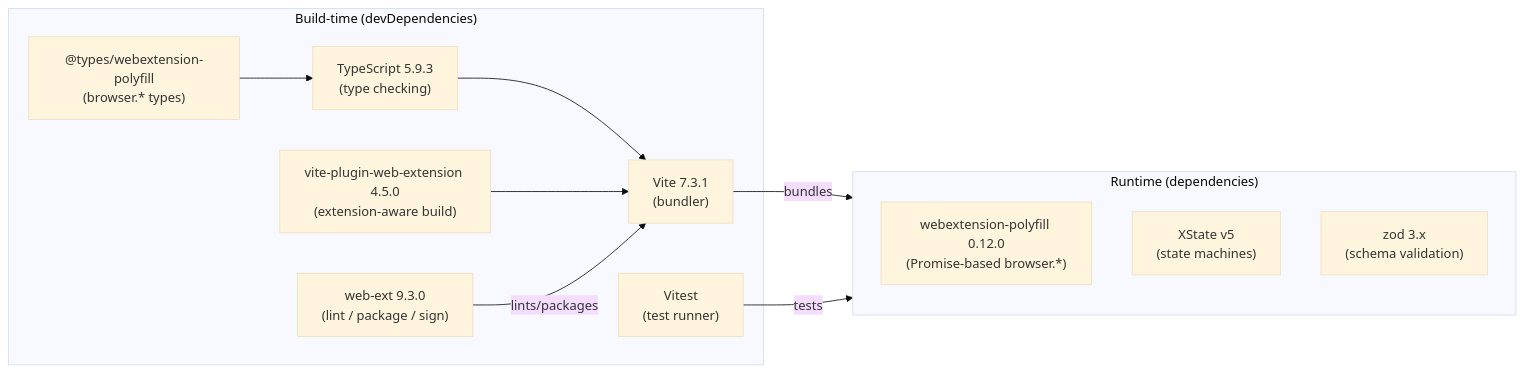
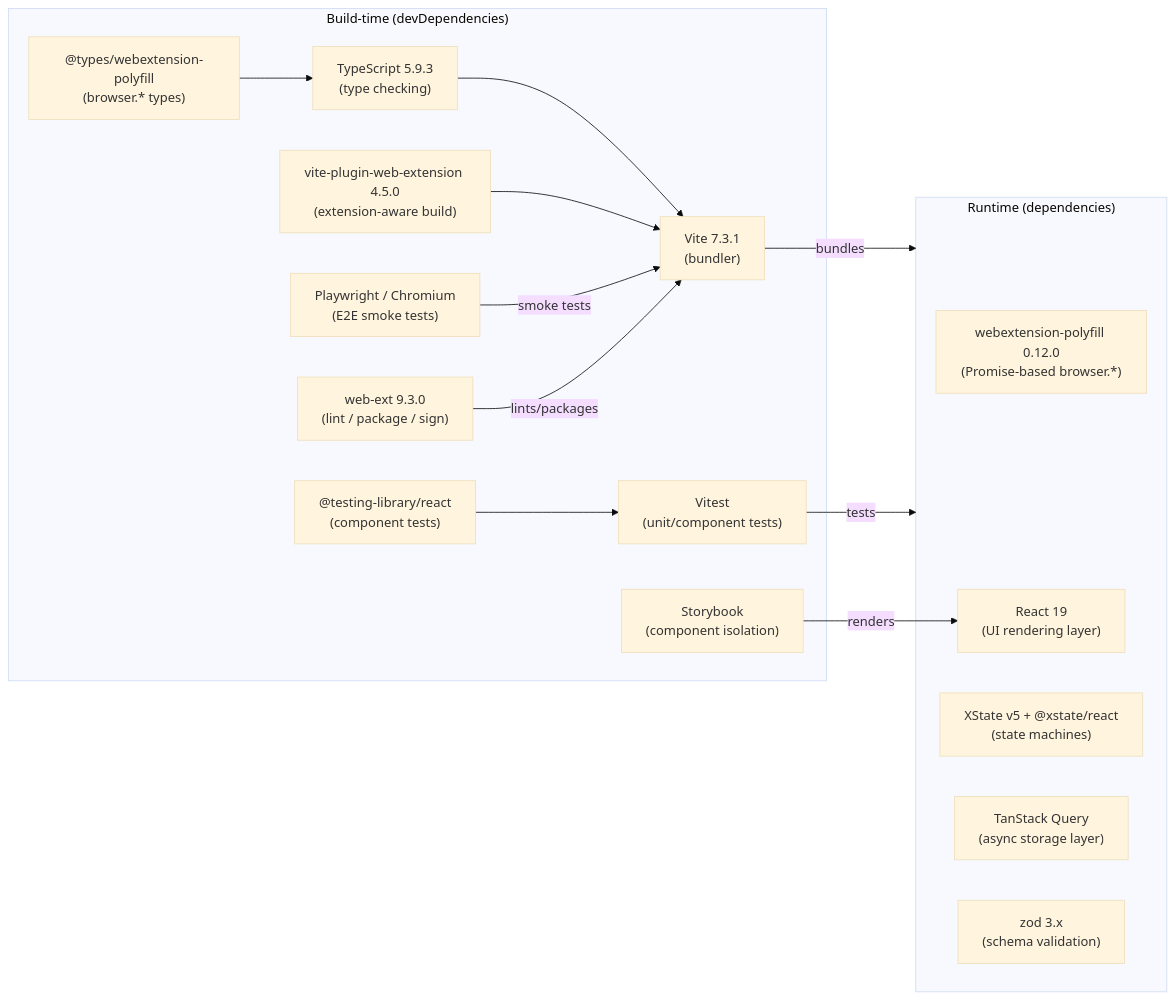
One commit to Xavier-Brinon/bug-free-system changed the diagram in .planning/research/STACK.org. Above: the diagram before and after it, drawn with Mermaid (base theme). The commit also changed other lines of this file and 5 other files, not shown here.

```diff
--- a/.planning/research/STACK.org
+++ b/.planning/research/STACK.org
@@ -15,24 +18,32 @@
 #+begin_src mermaid :file ./images/stack-toolchain-layers.svg :theme neutral
 graph LR
     subgraph BuildTime["Build-time (devDependencies)"]
         TS["TypeScript 5.9.3\n(type checking)"]
         VITE["Vite 7.3.1\n(bundler)"]
         PLUGIN["vite-plugin-web-extension 4.5.0\n(extension-aware build)"]
-        VITEST["Vitest\n(test runner)"]
+        VITEST["Vitest\n(unit/component tests)"]
+        RTL["@testing-library/react\n(component tests)"]
+        SB["Storybook\n(component isolation)"]
+        PW["Playwright / Chromium\n(E2E smoke tests)"]
         WEBEXT["web-ext 9.3.0\n(lint / package / sign)"]
         TYPES["@types/webextension-polyfill\n(browser.* types)"]
         TS --> VITE
         PLUGIN --> VITE
         TYPES --> TS
+        RTL --> VITEST
     end
 
     subgraph Runtime["Runtime (dependencies)"]
         POLYFILL["webextension-polyfill 0.12.0\n(Promise-based browser.*)"]
-        XSTATE["XState v5\n(state machines)"]
+        REACT["React 19\n(UI rendering layer)"]
+        XSTATE["XState v5 + @xstate/react\n(state machines)"]
+        TQ["TanStack Query\n(async storage layer)"]
         ZOD["zod 3.x\n(schema validation)"]
     end
 
     VITE -- bundles --> Runtime
     VITEST -- tests --> Runtime
+    SB -- renders --> REACT
+    PW -- smoke tests --> VITE
     WEBEXT -- lints/packages --> VITE
 #+end_src
```
